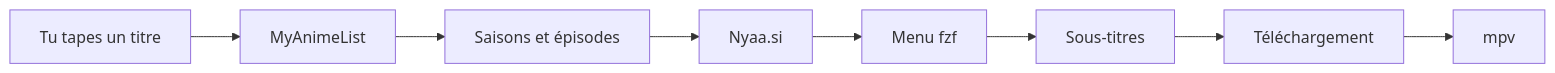
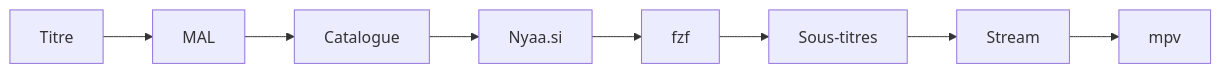
The diagram in README.md (CloudDown/annie), drawn with Mermaid before and after one commit. The commit also changed other lines of this file, not shown here.

````diff
--- a/README.md
+++ b/README.md
@@ -432,10 +362,10 @@
 ```mermaid
 flowchart LR
-    A[Tu tapes un titre] --> B[MyAnimeList]
-    B --> C[Saisons et épisodes]
+    A[Titre] --> B[MAL]
+    B --> C[Catalogue]
     C --> D[Nyaa.si]
-    D --> E[Menu fzf]
+    D --> E[fzf]
     E --> F[Sous-titres]
-    F --> G[Téléchargement]
+    F --> G[Stream]
     G --> H[mpv]
 ```
````
